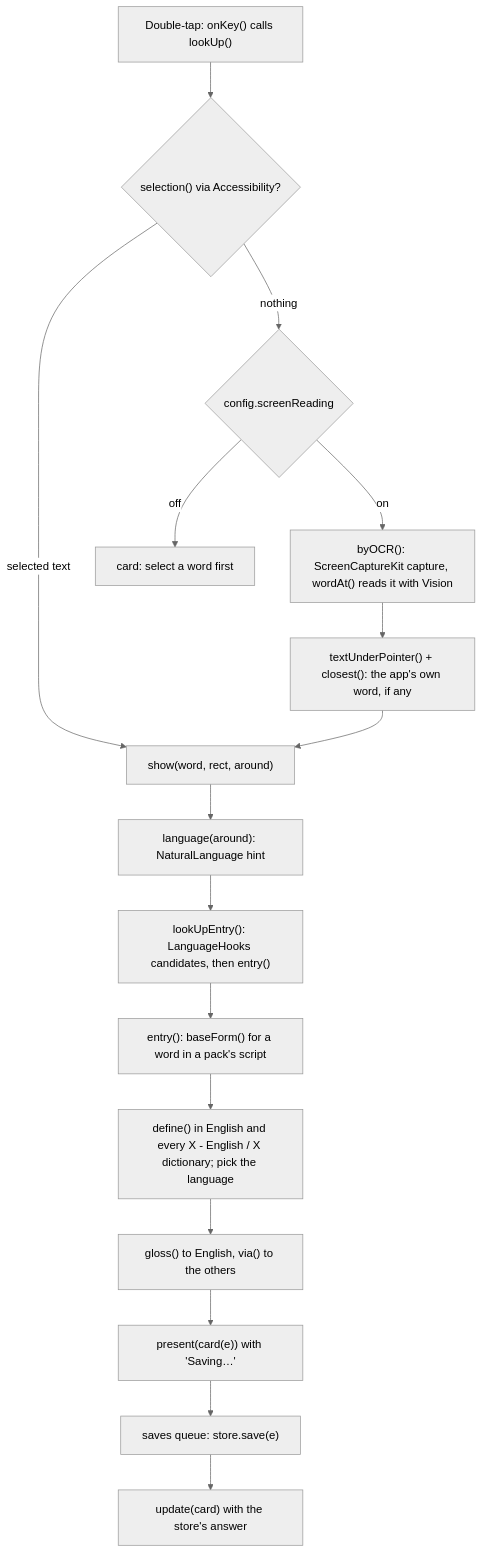
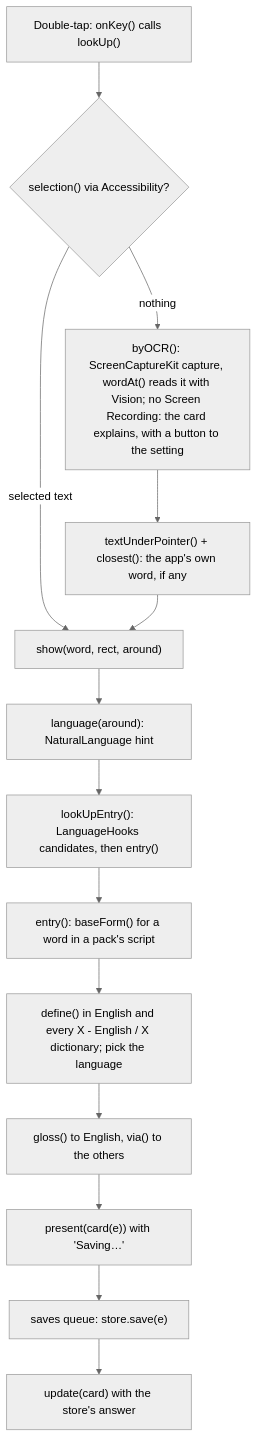
The second of 5 diagrams in docs/DESIGN.md (gregth/lookup-word), drawn with Mermaid (neutral theme) before and after one commit. The commit also changed other lines of this file and 10 other files, not shown here.

````diff
--- a/docs/DESIGN.md
+++ b/docs/DESIGN.md
@@ -56,18 +56,17 @@
 ```mermaid
 flowchart TD
   T["Double-tap: onKey() calls lookUp()"] --> S{"selection() via Accessibility?"}
   S -- "selected text" --> SH["show(word, rect, around)"]
-  S -- nothing --> SR{"config.screenReading"}
-  SR -- off --> M2["card: select a word first"]
-  SR -- on --> O["byOCR(): ScreenCaptureKit capture, wordAt() reads it with Vision"]
+  S -- nothing --> O
+  O["byOCR(): ScreenCaptureKit capture, wordAt() reads it with Vision; no Screen Recording: the card explains, with a button to the setting"]
   O --> X["textUnderPointer() + closest(): the app's own word, if any"]
   X --> SH
   SH --> LG["language(around): NaturalLanguage hint"]
   LG --> LE["lookUpEntry(): LanguageHooks candidates, then entry()"]
   LE --> BF["entry(): baseForm() for a word in a pack's script"]
   BF --> DF["define() in English and every X - English / X dictionary; pick the language"]
   DF --> TR["gloss() to English, via() to the others"]
   TR --> C["present(card(e)) with 'Saving…'"]
   C --> SV["saves queue: store.save(e)"]
   SV --> U["update(card) with the store's answer"]
 ```
````
